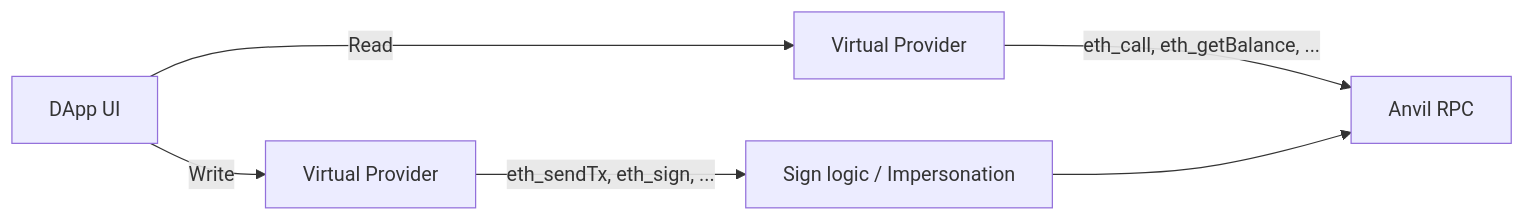
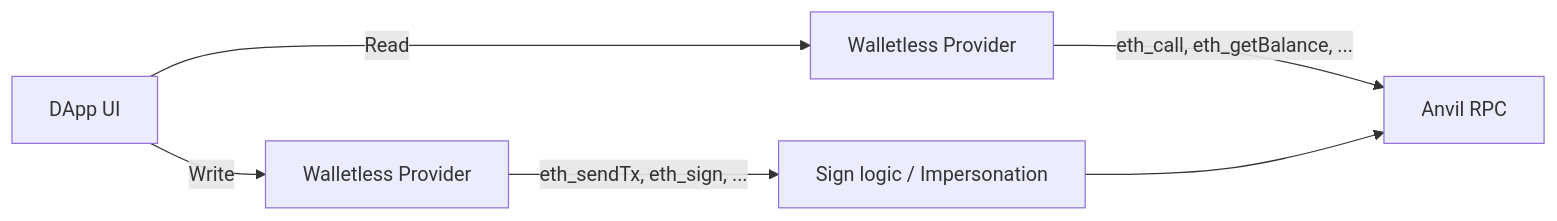
Before and after one commit to defi-wonderland/walletless: the diagram in README.md, drawn with Mermaid.

Commit message:
fix: mermaid provider title

````diff
--- a/README.md
+++ b/README.md
@@ -11,15 +11,15 @@
 ```mermaid
 graph LR
     DApp["DApp UI"]
-    CP1["Virtual Provider"]
-    CP2["Virtual Provider"]
+    CP1["Walletless Provider"]
+    CP2["Walletless Provider"]
     SIGN["Sign logic / Impersonation"]
     ANVIL["Anvil RPC"]
 
     DApp -->|Read| CP1
     CP1 -->|eth_call, eth_getBalance, ...| ANVIL
 
     DApp -->|Write| CP2
     CP2 -->|eth_sendTx, eth_sign, ...| SIGN
     SIGN --> ANVIL
 ```
````
